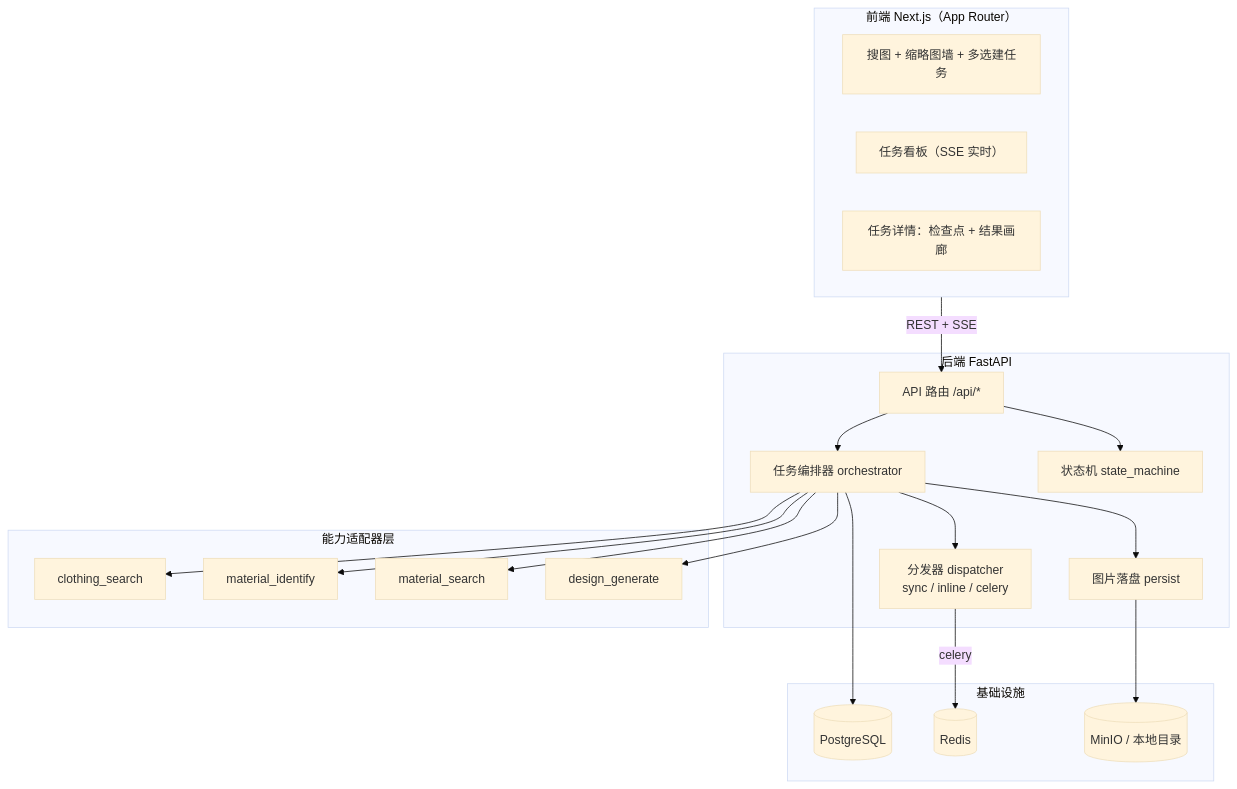
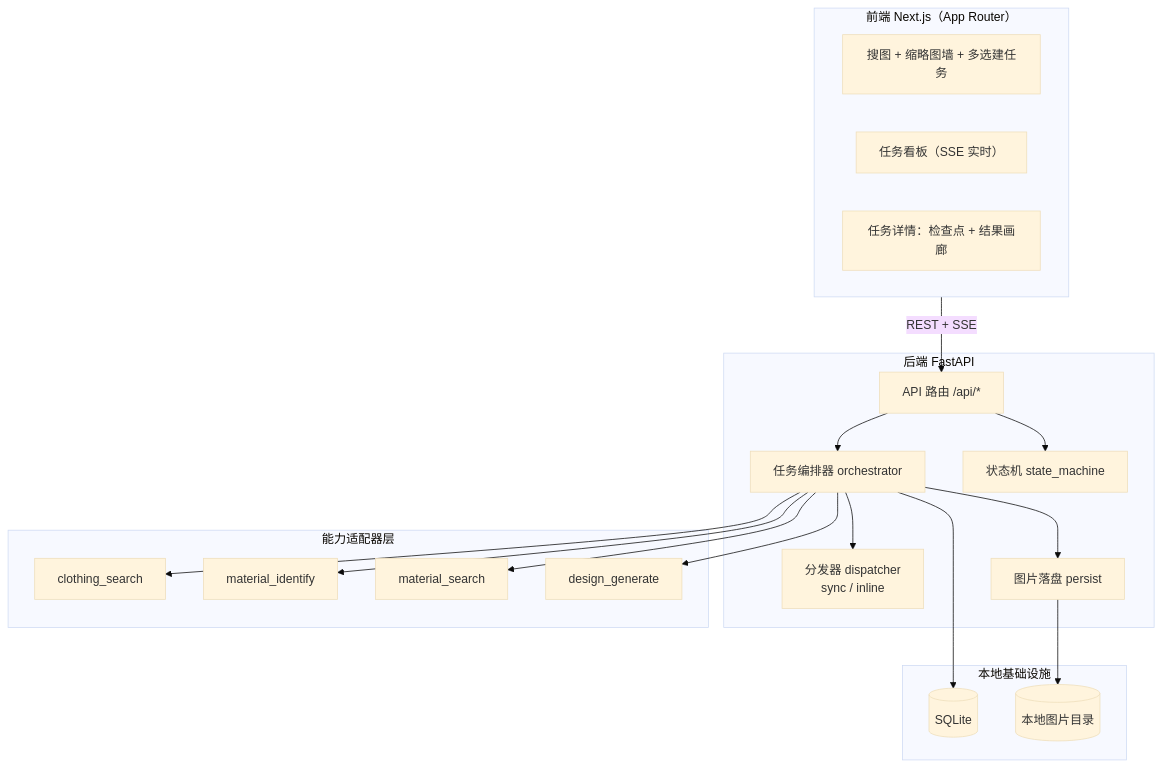
One commit to cbitc/cloth-image changed the first of 2 diagrams in README.md. Above: the diagram before and after it, drawn with Mermaid (base theme). The commit also changed other lines of this file and 29 other files, not shown here.

````diff
--- a/README.md
+++ b/README.md
@@ -25,38 +25,36 @@
 ```mermaid
 flowchart TB
   subgraph FE["前端 Next.js（App Router）"]
     A1["搜图 + 缩略图墙 + 多选建任务"]
     A2["任务看板（SSE 实时）"]
     A3["任务详情：检查点 + 结果画廊"]
   end
 
   subgraph BE["后端 FastAPI"]
     R["API 路由 /api/*"]
     O["任务编排器 orchestrator"]
     SM["状态机 state_machine"]
-    D["分发器 dispatcher<br/>sync / inline / celery"]
+    D["分发器 dispatcher<br/>sync / inline"]
     P["图片落盘 persist"]
   end
 
   subgraph AB["能力适配器层"]
     M1["clothing_search"]
     M2["material_identify"]
     M3["material_search"]
     M4["design_generate"]
   end
 
-  subgraph INFRA["基础设施"]
-    PG[("PostgreSQL")]
-    RD[("Redis")]
-    S3[("MinIO / 本地目录")]
+  subgraph INFRA["本地基础设施"]
+    DB[("SQLite")]
+    FS[("本地图片目录")]
   end
 
   FE -->|REST + SSE| R
   R --> O
   R --> SM
   O --> D
   O --> M1 & M2 & M3 & M4
-  O --> P --> S3
-  O --> PG
-  D -->|celery| RD
+  O --> P --> FS
+  O --> DB
 ```
````
